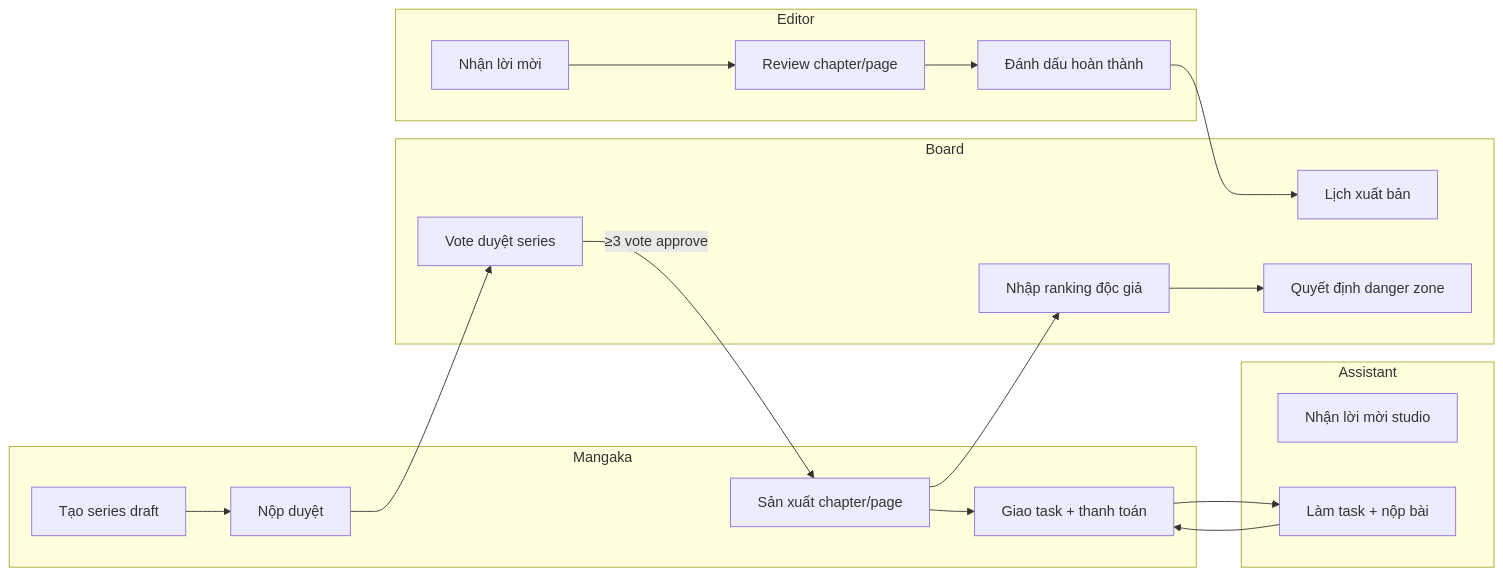
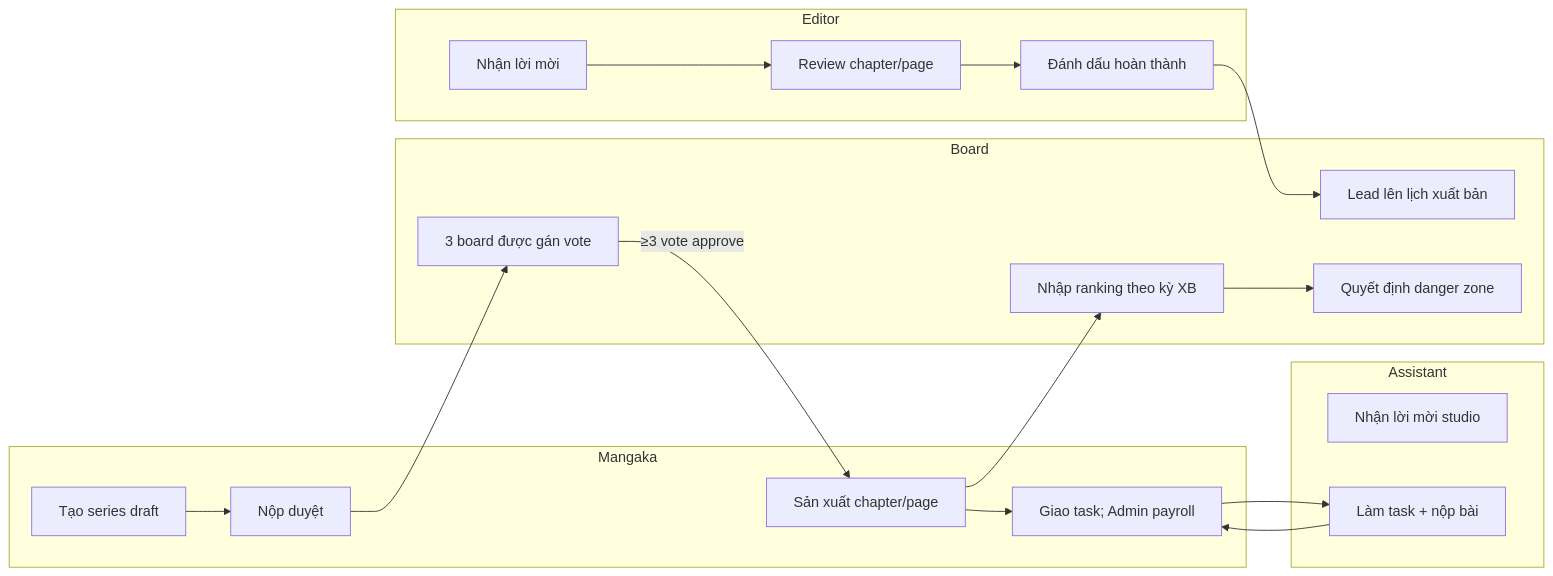
The first of 2 diagrams in docs/ROLE-WORKFLOWS.md (AngerTran/PRN232v1), drawn with Mermaid before and after one commit. The commit also changed other lines of this file and 25 other files, not shown here.

````diff
--- a/docs/ROLE-WORKFLOWS.md
+++ b/docs/ROLE-WORKFLOWS.md
@@ -13,34 +13,34 @@
 ```mermaid
 flowchart LR
     subgraph Mangaka
         A[Tạo series draft]
         B[Nộp duyệt]
         C[Sản xuất chapter/page]
-        D[Giao task + thanh toán]
+        D[Giao task; Admin payroll]
     end
     subgraph Board
-        E[Vote duyệt series]
-        F[Nhập ranking độc giả]
-        G[Lịch xuất bản]
+        E[3 board được gán vote]
+        F[Nhập ranking theo kỳ XB]
+        G[Lead lên lịch xuất bản]
         H[Quyết định danger zone]
     end
     subgraph Editor
         I[Nhận lời mời]
         J[Review chapter/page]
         K[Đánh dấu hoàn thành]
     end
     subgraph Assistant
         L[Nhận lời mời studio]
         M[Làm task + nộp bài]
     end
 
     A --> B --> E
     E -->|≥3 vote approve| C
     C --> D --> M
     M --> D
     I --> J
     J --> K
     K --> G
     C --> F
     F --> H
 ```
````
